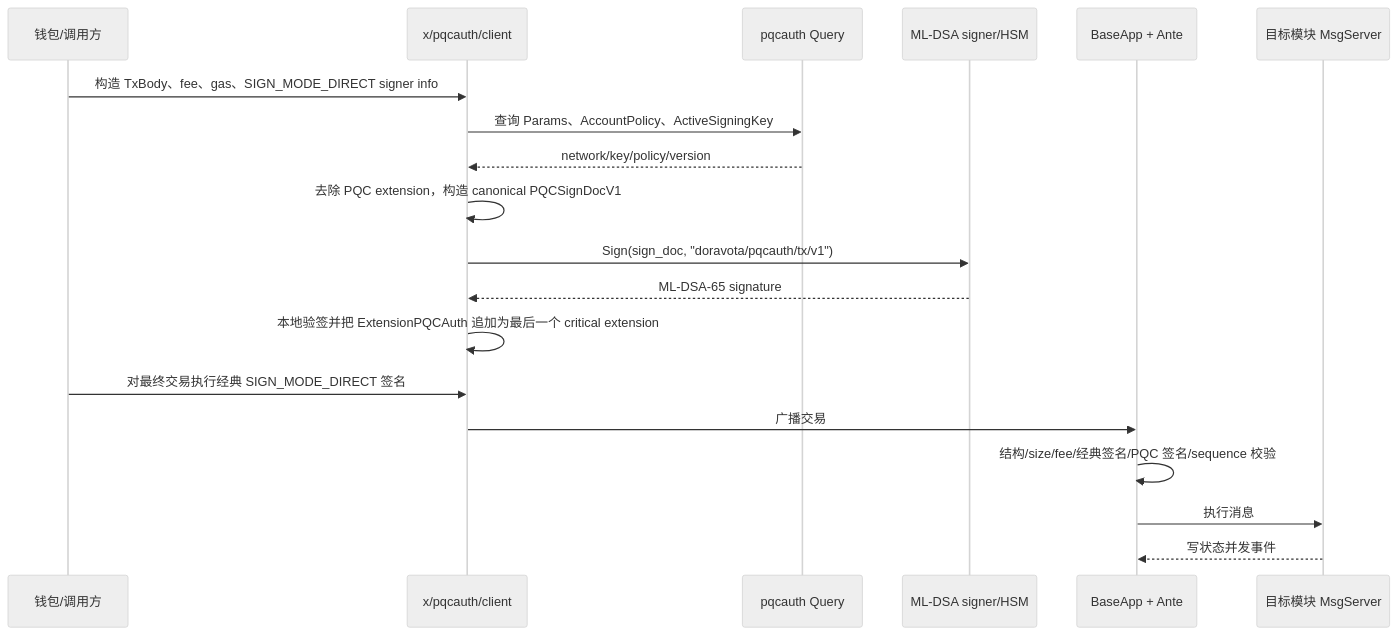
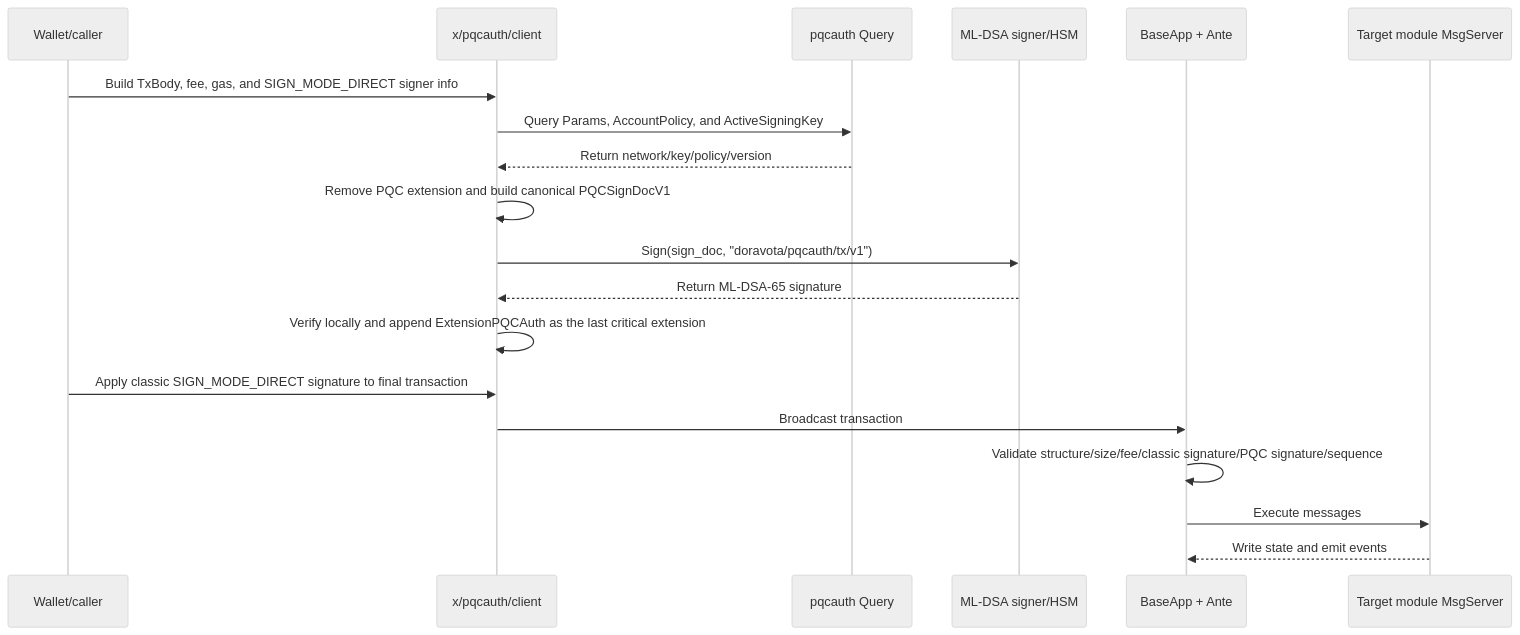
The second of 2 diagrams in x/pqcauth/README.md (DoraFactory/doravota), drawn with Mermaid (neutral theme) before and after one commit. The commit also changed other lines of this file, not shown here.

Commit message:
docs(pqcauth): translate module README to English

````diff
--- a/x/pqcauth/README.md
+++ b/x/pqcauth/README.md
@@ -259,22 +314,22 @@
 ```mermaid
 sequenceDiagram
-    participant U as 钱包/调用方
+    participant U as Wallet/caller
     participant C as x/pqcauth/client
     participant Q as pqcauth Query
     participant K as ML-DSA signer/HSM
     participant N as BaseApp + Ante
-    participant M as 目标模块 MsgServer
+    participant M as Target module MsgServer
 
-    U->>C: 构造 TxBody、fee、gas、SIGN_MODE_DIRECT signer info
-    C->>Q: 查询 Params、AccountPolicy、ActiveSigningKey
-    Q-->>C: network/key/policy/version
-    C->>C: 去除 PQC extension，构造 canonical PQCSignDocV1
+    U->>C: Build TxBody, fee, gas, and SIGN_MODE_DIRECT signer info
+    C->>Q: Query Params, AccountPolicy, and ActiveSigningKey
+    Q-->>C: Return network/key/policy/version
+    C->>C: Remove PQC extension and build canonical PQCSignDocV1
     C->>K: Sign(sign_doc, "doravota/pqcauth/tx/v1")
-    K-->>C: ML-DSA-65 signature
-    C->>C: 本地验签并把 ExtensionPQCAuth 追加为最后一个 critical extension
-    U->>C: 对最终交易执行经典 SIGN_MODE_DIRECT 签名
-    C->>N: 广播交易
-    N->>N: 结构/size/fee/经典签名/PQC 签名/sequence 校验
-    N->>M: 执行消息
-    M-->>N: 写状态并发事件
+    K-->>C: Return ML-DSA-65 signature
+    C->>C: Verify locally and append ExtensionPQCAuth as the last critical extension
+    U->>C: Apply classic SIGN_MODE_DIRECT signature to final transaction
+    C->>N: Broadcast transaction
+    N->>N: Validate structure/size/fee/classic signature/PQC signature/sequence
+    N->>M: Execute messages
+    M-->>N: Write state and emit events
 ```
````
